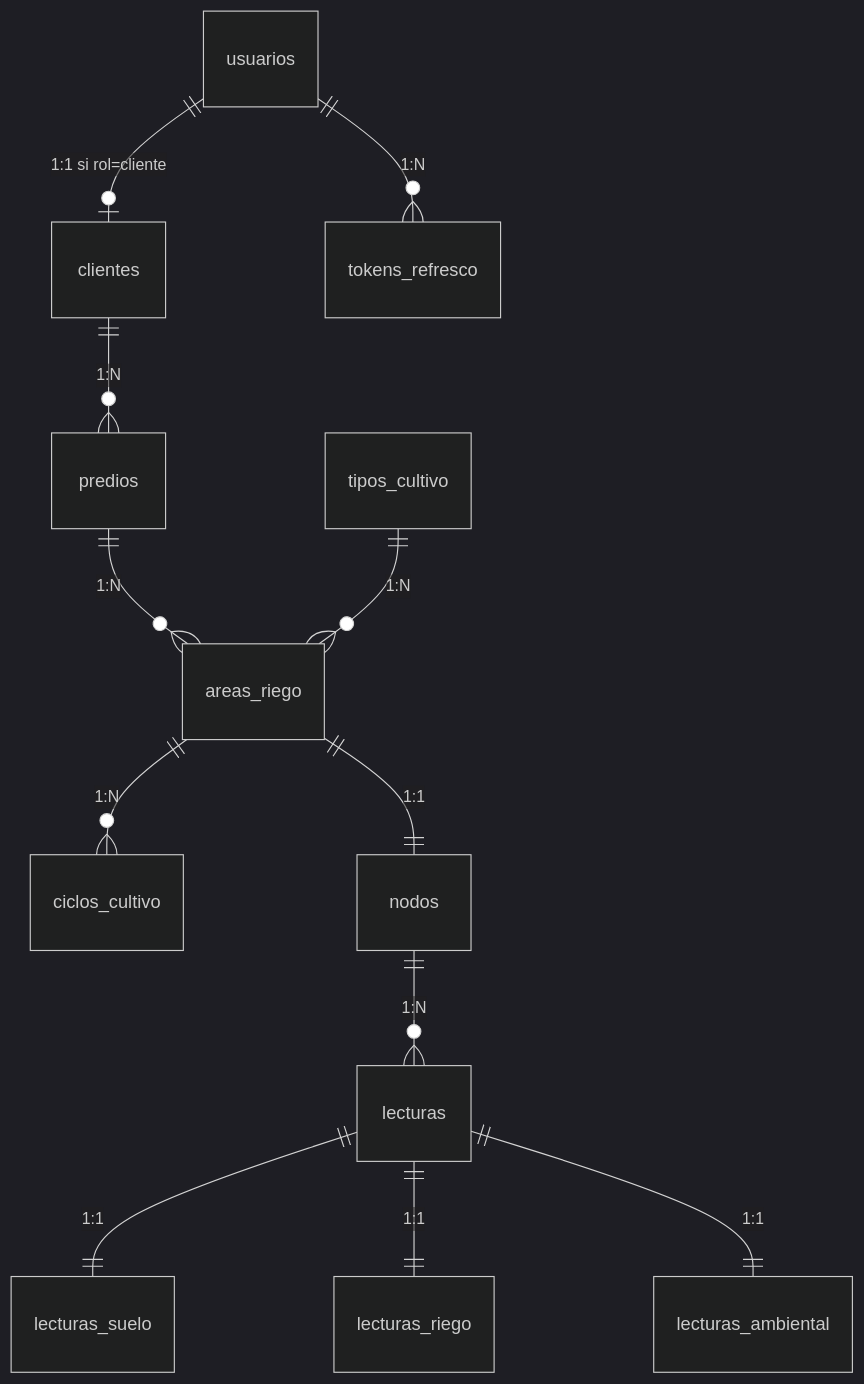
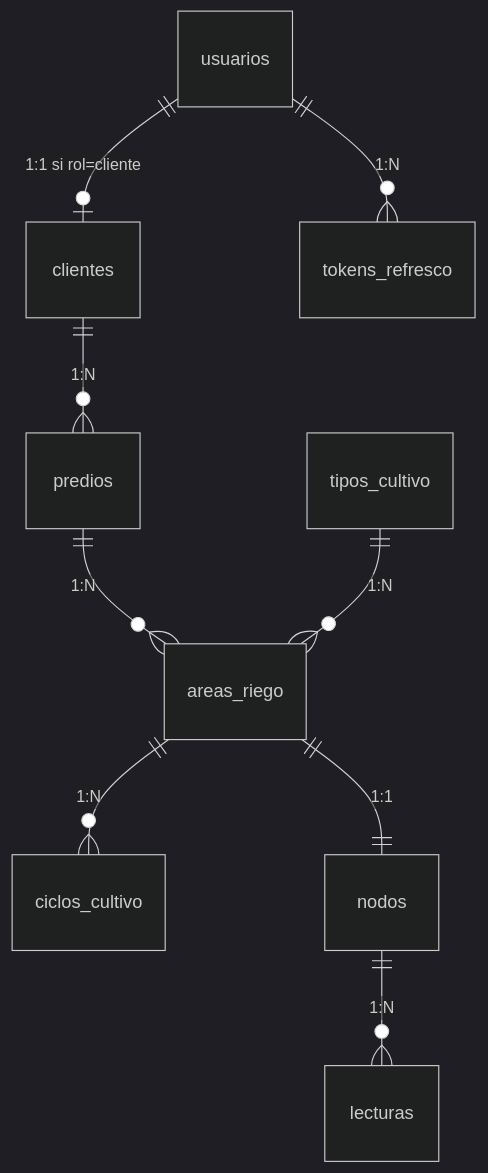
One commit to Alanzphy/IoT_Sensors changed the diagram in docs/documentacion_base_de_datos.md. Above: the diagram before and after it, drawn with Mermaid (dark theme). The commit also changed other lines of this file and 17 other files, not shown here.

Commit message:
refactor: flatten database schema for sensor readings and optimize queries

````diff
--- a/docs/documentacion_base_de_datos.md
+++ b/docs/documentacion_base_de_datos.md
@@ -37,14 +37,11 @@
 ```mermaid
 erDiagram
     usuarios ||--o| clientes : "1:1 si rol=cliente"
     usuarios ||--o{ tokens_refresco : "1:N"
     clientes ||--o{ predios : "1:N"
     predios ||--o{ areas_riego : "1:N"
     tipos_cultivo ||--o{ areas_riego : "1:N"
     areas_riego ||--o{ ciclos_cultivo : "1:N"
     areas_riego ||--|| nodos : "1:1"
     nodos ||--o{ lecturas : "1:N"
-    lecturas ||--|| lecturas_suelo : "1:1"
-    lecturas ||--|| lecturas_riego : "1:1"
-    lecturas ||--|| lecturas_ambiental : "1:1"
 ```
````
